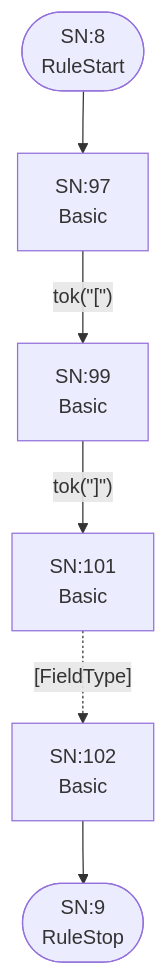
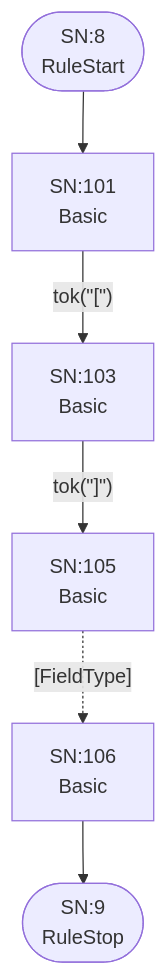
Before and after one commit to TypeFox/fastbelt: the fifth of 26 diagrams in internal/grammar/atn.md, drawn with Mermaid. The commit also changed other lines of this file and 22 other files, not shown here.

````diff
--- a/internal/grammar/atn.md
+++ b/internal/grammar/atn.md
@@ -149,15 +154,15 @@
 ```mermaid
 flowchart TD
     q8(["SN:8<br/>RuleStart"])
     q9(["SN:9<br/>RuleStop"])
-    q97["SN:97<br/>Basic<br/>"]
-    q98["SN:99<br/>Basic<br/>"]
-    q99["SN:101<br/>Basic<br/>"]
-    q100["SN:102<br/>Basic<br/>"]
+    q101["SN:101<br/>Basic<br/>"]
+    q102["SN:103<br/>Basic<br/>"]
+    q103["SN:105<br/>Basic<br/>"]
+    q104["SN:106<br/>Basic<br/>"]
 
-    q8 --> q97
-    q97 -->|"tok(&quot;[&quot;)"| q98
-    q98 -->|"tok(&quot;]&quot;)"| q99
-    q99 -.->|"[FieldType]"| q100
-    q100 --> q9
+    q8 --> q101
+    q101 -->|"tok(&quot;[&quot;)"| q102
+    q102 -->|"tok(&quot;]&quot;)"| q103
+    q103 -.->|"[FieldType]"| q104
+    q104 --> q9
 ```
````
